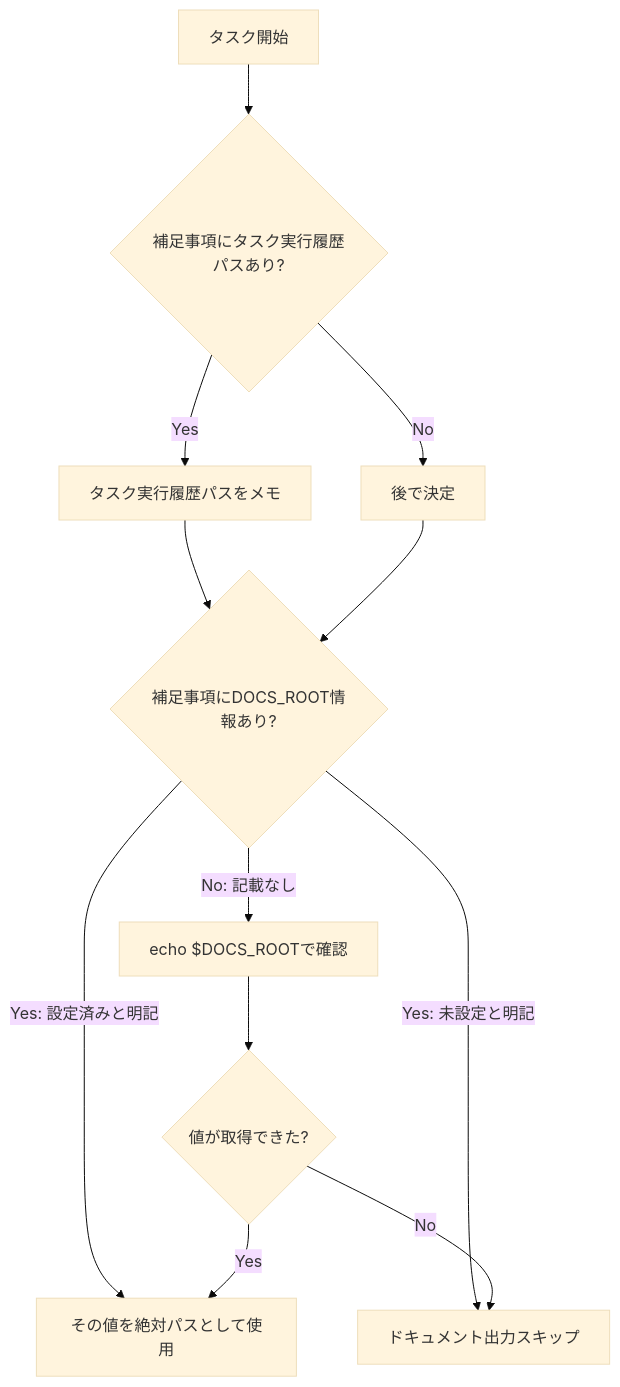
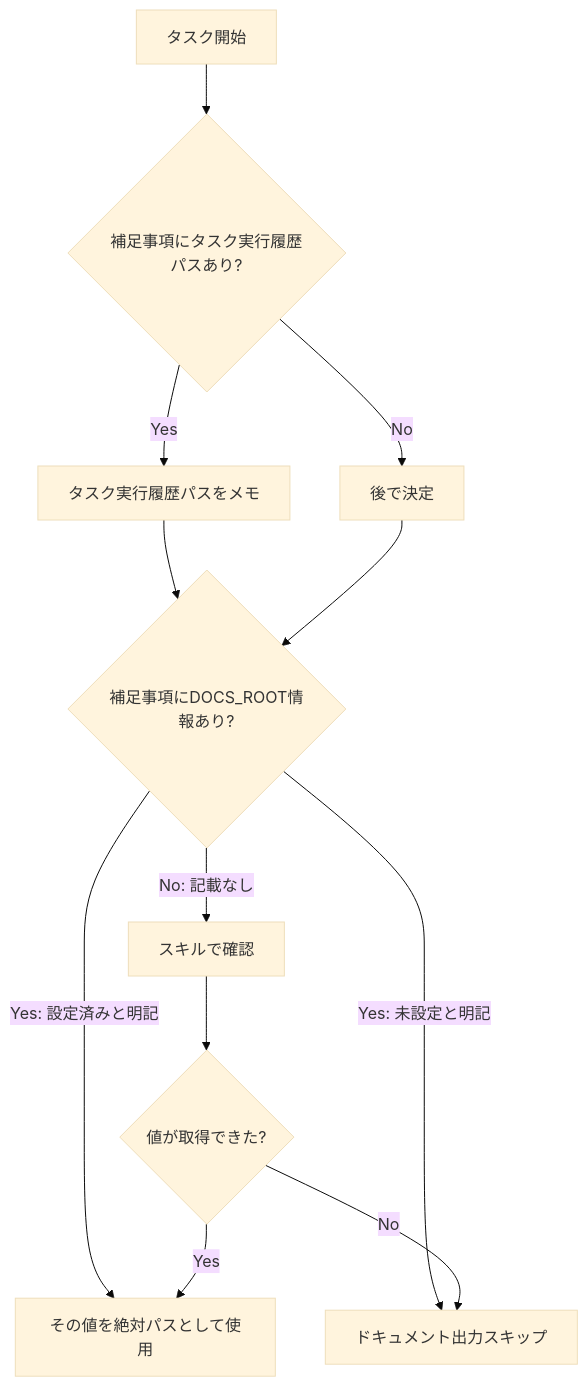
Before and after one commit to NagasakaH/devcontainer: the first of 2 diagrams in agents/opus-parent-agent.md, drawn with Mermaid (base theme). The commit also changed other lines of this file and 6 other files, not shown here.

````diff
--- a/agents/opus-parent-agent.md
+++ b/agents/opus-parent-agent.md
@@ -88,15 +88,15 @@
    ```mermaid
    flowchart TD
        A[タスク開始] --> A1{補足事項にタスク実行履歴パスあり?}
        A1 -->|Yes| A2[タスク実行履歴パスをメモ]
        A1 -->|No| A3[後で決定]
        A2 --> B
        A3 --> B
        B{補足事項にDOCS_ROOT情報あり?}
        B -->|Yes: 設定済みと明記| C[その値を絶対パスとして使用]
        B -->|Yes: 未設定と明記| D[ドキュメント出力スキップ]
-       B -->|No: 記載なし| E["echo $DOCS_ROOTで確認"]
+        B -->|No: 記載なし| E["スキルで確認"]
        E --> F{値が取得できた?}
        F -->|Yes| C
        F -->|No| D
    ```
````
